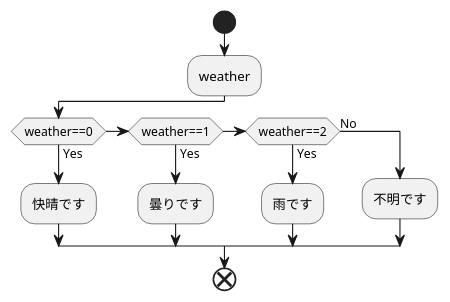
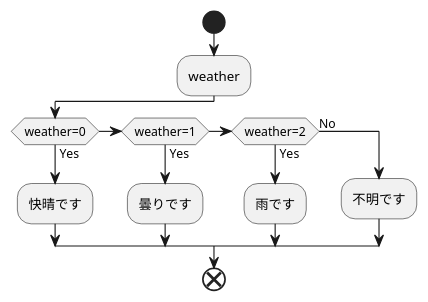
The diagram in kadai4_4.md (Aso2001409/2021sys-design), drawn with PlantUML before and after one commit.

````diff
--- a/kadai4_4.md
+++ b/kadai4_4.md
@@ -1,16 +1,16 @@
 ```uml
 @startuml
 start
 :weather;
-if(weather==0)then(Yes)
+if(weather=0)then(Yes)
   :快晴です;
-else if(weather==1)then(Yes)
+else if(weather=1)then(Yes)
   :曇りです;
-else if(weather==2)then(Yes)
+else if(weather=2)then(Yes)
   :雨です;
 else(No)
   :不明です;
 endif
 end
 @enduml
 ```
````
